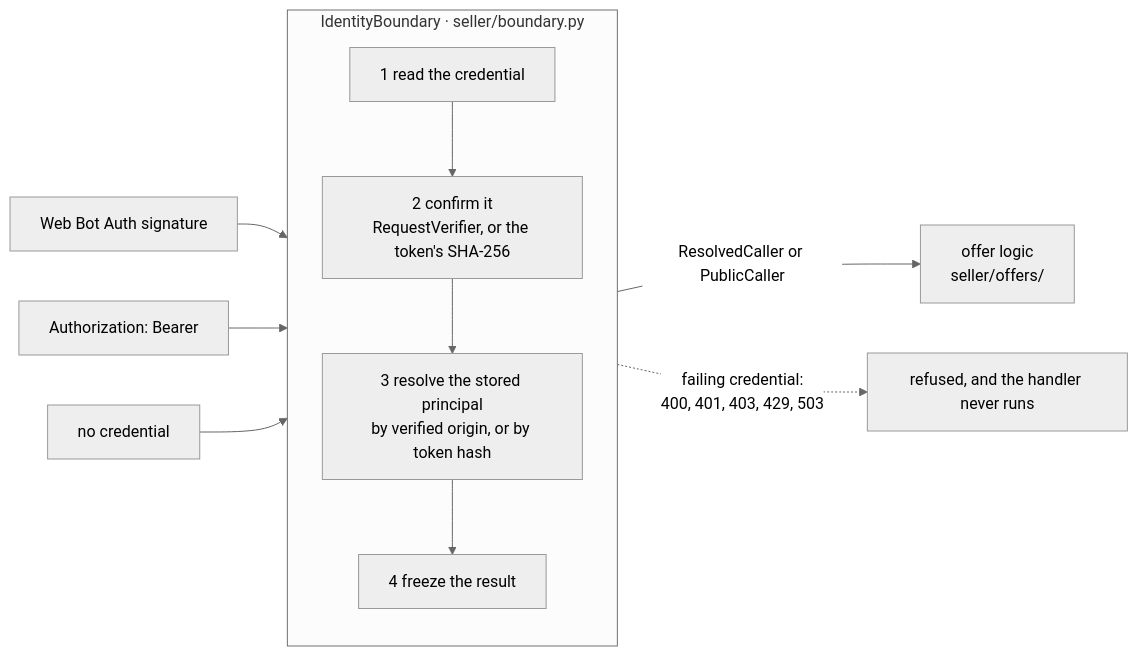
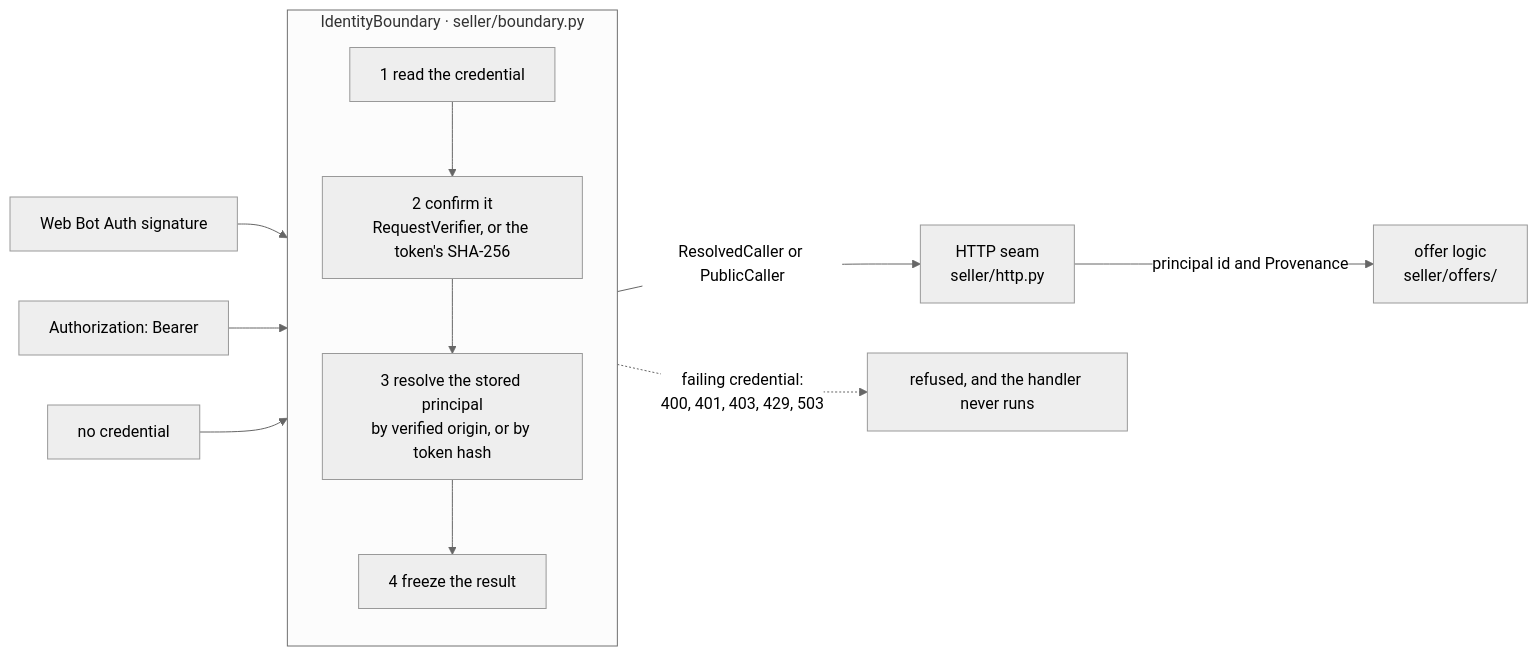
One commit to KonstantinMirin/openproposal-web-bot-auth changed the second of 7 diagrams in README.md. Above: the diagram before and after it, drawn with Mermaid (neutral theme). The commit also changed other lines of this file and 23 other files, not shown here.

First line of the commit message:
Hand the offer logic a provenance, not a caller, and keep evidence in one store

````diff
--- a/README.md
+++ b/README.md
@@ -56,14 +56,15 @@
 ```mermaid
 flowchart LR
     W[Web Bot Auth signature] --> R
     T[Authorization: Bearer] --> R
     N[no credential] --> R
     subgraph R["IdentityBoundary · seller/boundary.py"]
         direction TB
         R1[1 read the credential] --> R2[2 confirm it<br/>RequestVerifier, or the token's SHA-256]
         R2 --> R3[3 resolve the stored principal<br/>by verified origin, or by token hash]
         R3 --> R4[4 freeze the result]
     end
-    R4 -- "ResolvedCaller or PublicCaller" --> L[offer logic<br/>seller/offers/]
+    R4 -- "ResolvedCaller or PublicCaller" --> S[HTTP seam<br/>seller/http.py]
+    S -- "principal id and Provenance" --> L[offer logic<br/>seller/offers/]
     R2 -. "failing credential:<br/>400, 401, 403, 429, 503" .-> X["refused, and the handler never runs"]
 ```
````
